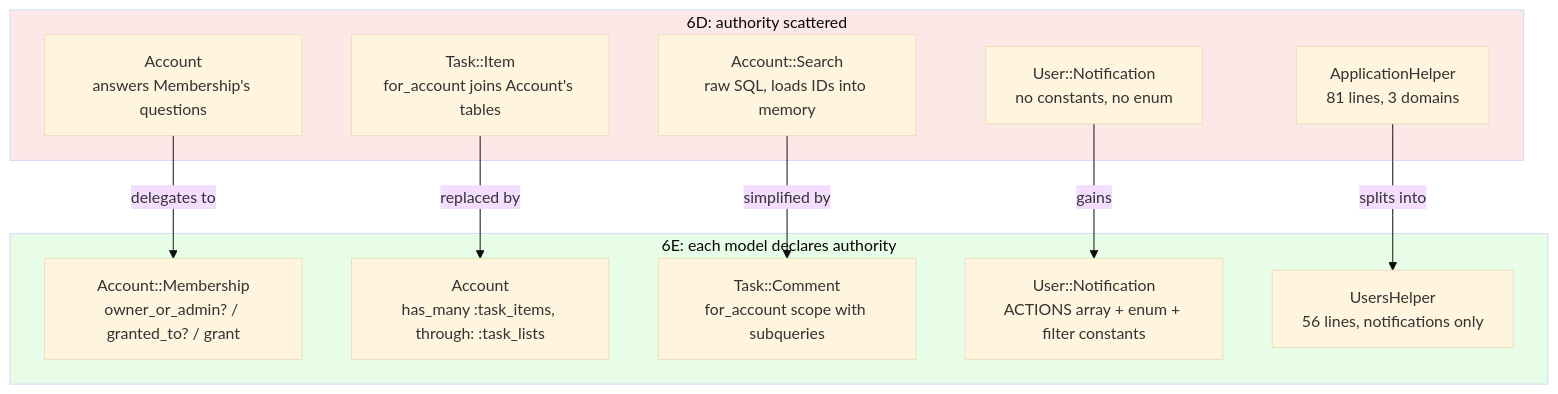
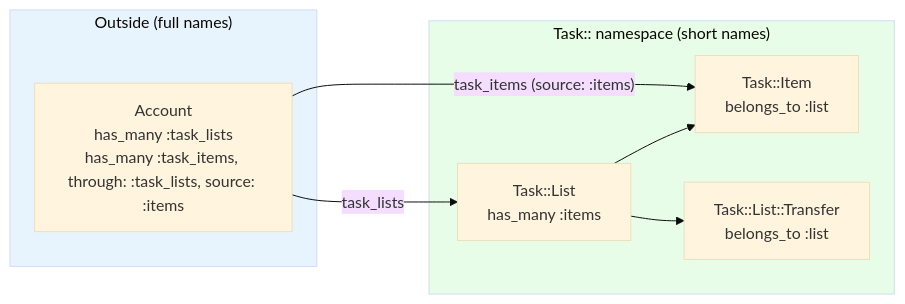
Before and after one commit to railswhey/app: the second of 2 diagrams in README.md, drawn with Mermaid (base theme). The commit also changed other lines of this file and 42 other files, not shown here.

````diff
--- a/README.md
+++ b/README.md
@@ -232,27 +147,20 @@
 ```mermaid
-flowchart TD
-  subgraph Before["6D: authority scattered"]
-    A1["Account<br/>answers Membership's questions"]
-    TI["Task::Item<br/>for_account joins Account's tables"]
-    AS["Account::Search<br/>raw SQL, loads IDs into memory"]
-    UN["User::Notification<br/>no constants, no enum"]
-    AH["ApplicationHelper<br/>81 lines, 3 domains"]
+flowchart LR
+  subgraph TaskNS["Task:: namespace (short names)"]
+    TL["Task::List<br/>has_many :items"]
+    TI["Task::Item<br/>belongs_to :list"]
+    TLT["Task::List::Transfer<br/>belongs_to :list"]
   end
 
-  subgraph After["6E: each model declares authority"]
-    AM["Account::Membership<br/>owner_or_admin? / granted_to? / grant"]
-    A2["Account<br/>has_many :task_items, through: :task_lists"]
-    TC["Task::Comment<br/>for_account scope with subqueries"]
-    UN2["User::Notification<br/>ACTIONS array + enum + filter constants"]
-    UH["UsersHelper<br/>56 lines, notifications only"]
+  subgraph Outside["Outside (full names)"]
+    ACC["Account<br/>has_many :task_lists<br/>has_many :task_items, through: :task_lists, source: :items"]
   end
 
-  A1 -->|"delegates to"| AM
-  TI -->|"replaced by"| A2
-  AS -->|"simplified by"| TC
-  UN -->|"gains"| UN2
-  AH -->|"splits into"| UH
+  TL --> TI
+  TL --> TLT
+  ACC -->|"task_lists"| TL
+  ACC -->|"task_items (source: :items)"| TI
 
-  style Before fill:#fde8e8
-  style After fill:#e8fde8
+  style TaskNS fill:#e8fde8
+  style Outside fill:#e8f4fd
 ```
````
